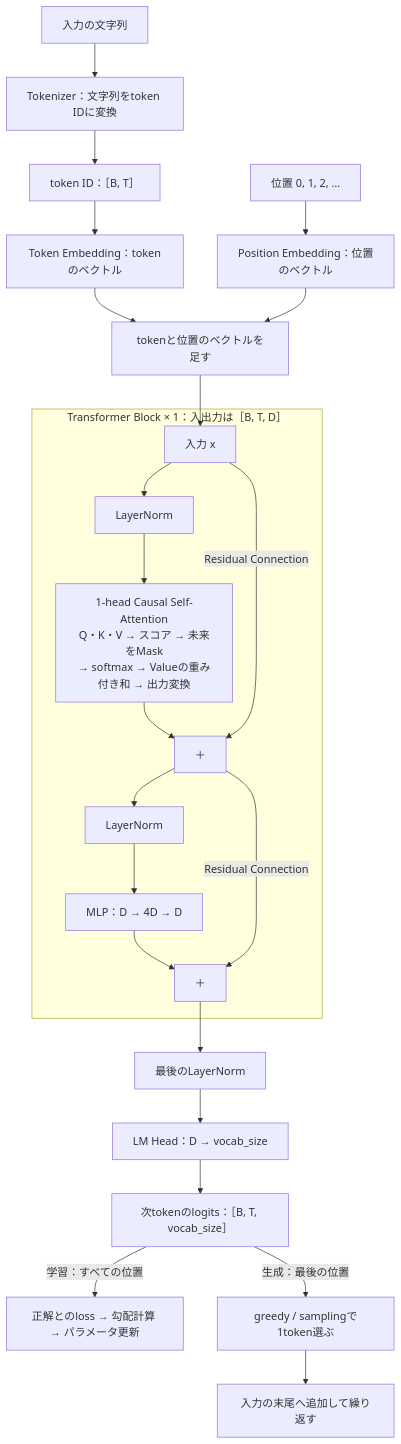
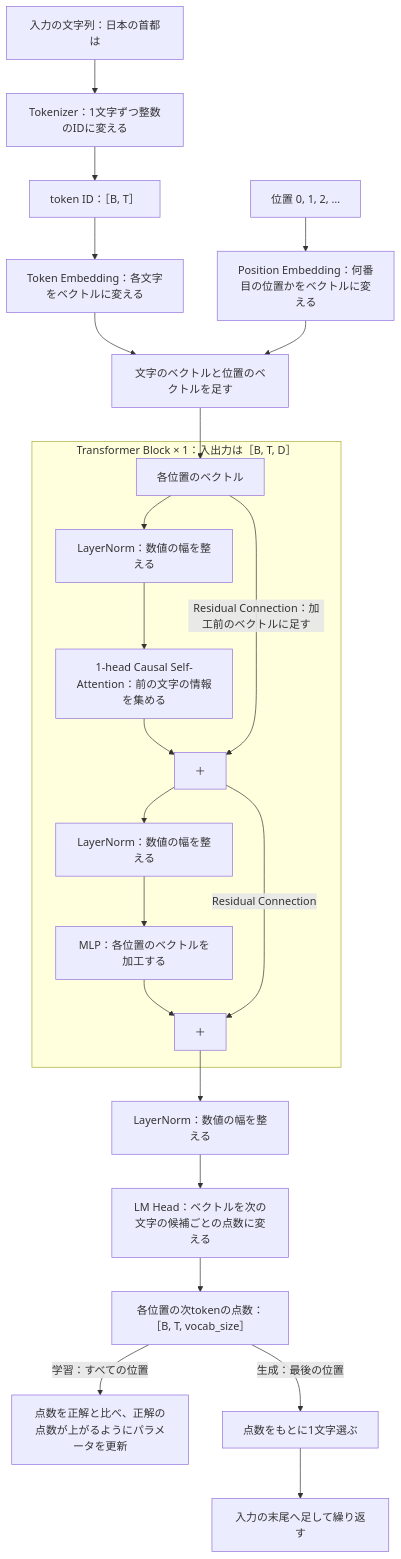
The first of 3 diagrams in docs/part1.md (shibayu36/learn-llm), drawn with Mermaid before and after one commit. The commit also changed other lines of this file and 6 other files, not shown here.

````diff
--- a/docs/part1.md
+++ b/docs/part1.md
@@ -7,26 +7,26 @@
 ```mermaid
 flowchart TD
-    text["入力の文字列"] --> tokenizer["Tokenizer：文字列をtoken IDに変換"]
+    text["入力の文字列：日本の首都は"] --> tokenizer["Tokenizer：1文字ずつ整数のIDに変える"]
     tokenizer --> ids["token ID：［B, T］"]
-    ids --> token["Token Embedding：tokenのベクトル"]
-    position["位置 0, 1, 2, …"] --> pos["Position Embedding：位置のベクトル"]
-    token --> add["tokenと位置のベクトルを足す"]
+    ids --> token["Token Embedding：各文字をベクトルに変える"]
+    position["位置 0, 1, 2, …"] --> pos["Position Embedding：何番目の位置かをベクトルに変える"]
+    token --> add["文字のベクトルと位置のベクトルを足す"]
     pos --> add
     add --> x
     subgraph block["Transformer Block × 1：入出力は［B, T, D］"]
-        x["入力 x"] --> norm1["LayerNorm"]
-        norm1 --> attention["1-head Causal Self-Attention<br/>Q・K・V → スコア → 未来をMask<br/>→ softmax → Valueの重み付き和 → 出力変換"]
+        x["各位置のベクトル"] --> norm1["LayerNorm：数値の幅を整える"]
+        norm1 --> attention["1-head Causal Self-Attention：前の文字の情報を集める"]
         attention --> sum1["＋"]
-        x -->|"Residual Connection"| sum1
-        sum1 --> norm2["LayerNorm"]
-        norm2 --> mlp["MLP：D → 4D → D"]
+        x -->|"Residual Connection：加工前のベクトルに足す"| sum1
+        sum1 --> norm2["LayerNorm：数値の幅を整える"]
+        norm2 --> mlp["MLP：各位置のベクトルを加工する"]
         mlp --> sum2["＋"]
         sum1 -->|"Residual Connection"| sum2
     end
-    sum2 --> finalnorm["最後のLayerNorm"]
-    finalnorm --> head["LM Head：D → vocab_size"]
-    head --> logits["次tokenのlogits：［B, T, vocab_size］"]
-    logits -->|"学習：すべての位置"| loss["正解とのloss → 勾配計算 → パラメータ更新"]
-    logits -->|"生成：最後の位置"| select["greedy / samplingで1token選ぶ"]
-    select --> append["入力の末尾へ追加して繰り返す"]
+    sum2 --> finalnorm["LayerNorm：数値の幅を整える"]
+    finalnorm --> head["LM Head：ベクトルを次の文字の候補ごとの点数に変える"]
+    head --> logits["各位置の次tokenの点数：［B, T, vocab_size］"]
+    logits -->|"学習：すべての位置"| loss["点数を正解と比べ、正解の点数が上がるようにパラメータを更新"]
+    logits -->|"生成：最後の位置"| select["点数をもとに1文字選ぶ"]
+    select --> append["入力の末尾へ足して繰り返す"]
 ```
````
